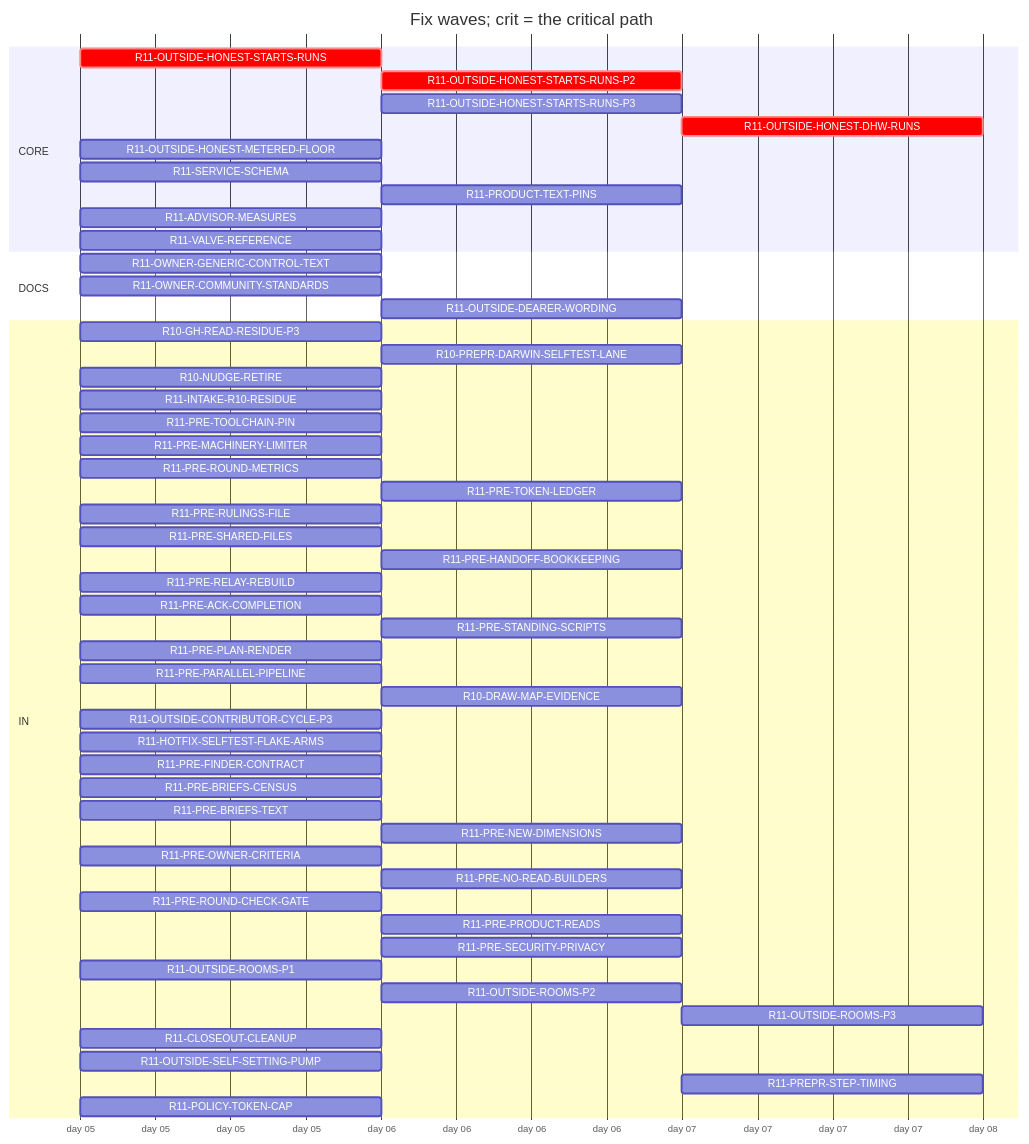
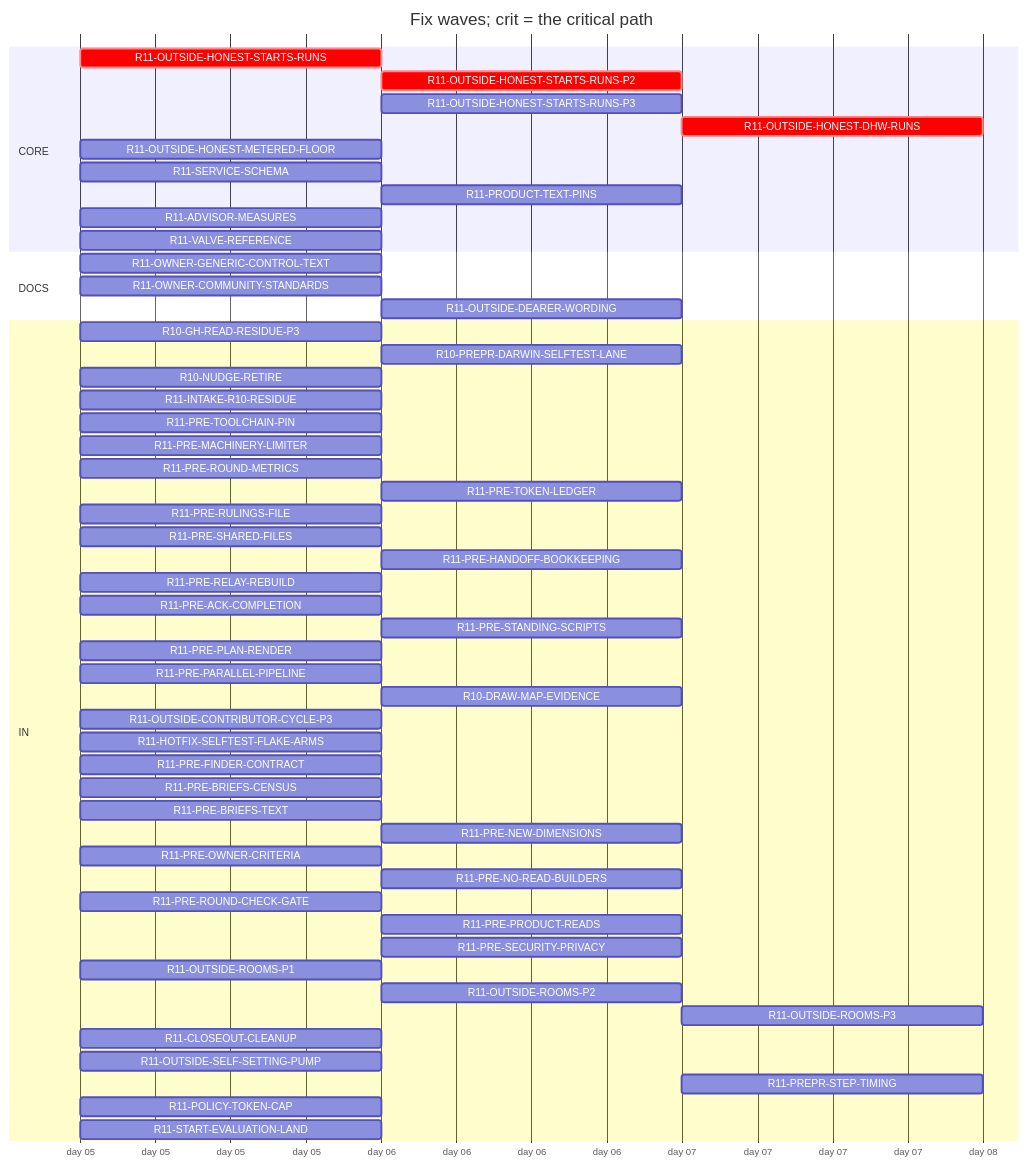
The diagram in handoff/round11/state/PLAN-TABLE.md (tvofi/heatpump_optimizer), drawn with Mermaid before and after one commit. The commit also changed other lines of this file and 4 other files, not shown here.

Commit message:
state: FLOW-BOARD.md, NEXT-SESSION-PROMPT.md, PLAN-TABLE.md, PLAN.html, RESUME-CURRENT.md regenerated (state_docs.py)

````diff
--- a/handoff/round11/state/PLAN-TABLE.md
+++ b/handoff/round11/state/PLAN-TABLE.md
@@ -16,56 +16,57 @@
 ```mermaid
 gantt
   title Fix waves; crit = the critical path
   dateFormat YYYY-MM-DD
   axisFormat day %d
   section CORE
     R11-OUTSIDE-HONEST-STARTS-RUNS :crit, r11OUTSIDEHONESTSTARTSRUNS, 2026-01-05, 1d
     R11-OUTSIDE-HONEST-STARTS-RUNS-P2 :crit, r11OUTSIDEHONESTSTARTSRUNSP2, after r11OUTSIDEHONESTSTARTSRUNS, 1d
     R11-OUTSIDE-HONEST-STARTS-RUNS-P3 :r11OUTSIDEHONESTSTARTSRUNSP3, after r11OUTSIDEHONESTSTARTSRUNS, 1d
     R11-OUTSIDE-HONEST-DHW-RUNS :crit, r11OUTSIDEHONESTDHWRUNS, after r11OUTSIDEHONESTSTARTSRUNS r11OUTSIDEHONESTSTARTSRUNSP2, 1d
     R11-OUTSIDE-HONEST-METERED-FLOOR :r11OUTSIDEHONESTMETEREDFLOOR, 2026-01-05, 1d
     R11-SERVICE-SCHEMA :r11SERVICESCHEMA, 2026-01-05, 1d
     R11-PRODUCT-TEXT-PINS :r11PRODUCTTEXTPINS, after r11OUTSIDEROOMSP1, 1d
     R11-ADVISOR-MEASURES :r11ADVISORMEASURES, 2026-01-05, 1d
     R11-VALVE-REFERENCE :r11VALVEREFERENCE, 2026-01-05, 1d
   section DOCS
     R11-OWNER-GENERIC-CONTROL-TEXT :r11OWNERGENERICCONTROLTEXT, 2026-01-05, 1d
     R11-OWNER-COMMUNITY-STANDARDS :r11OWNERCOMMUNITYSTANDARDS, 2026-01-05, 1d
     R11-OUTSIDE-DEARER-WORDING :r11OUTSIDEDEARERWORDING, after r11OWNERGENERICCONTROLTEXT, 1d
   section IN
     R10-GH-READ-RESIDUE-P3 :r10GHREADRESIDUEP3, 2026-01-05, 1d
     R10-PREPR-DARWIN-SELFTEST-LANE :r10PREPRDARWINSELFTESTLANE, after r10GHREADRESIDUEP3, 1d
     R10-NUDGE-RETIRE :r10NUDGERETIRE, 2026-01-05, 1d
     R11-INTAKE-R10-RESIDUE :r11INTAKER10RESIDUE, 2026-01-05, 1d
     R11-PRE-TOOLCHAIN-PIN :r11PRETOOLCHAINPIN, 2026-01-05, 1d
     R11-PRE-MACHINERY-LIMITER :r11PREMACHINERYLIMITER, 2026-01-05, 1d
     R11-PRE-ROUND-METRICS :r11PREROUNDMETRICS, 2026-01-05, 1d
     R11-PRE-TOKEN-LEDGER :r11PRETOKENLEDGER, after r10GHREADRESIDUEP3, 1d
     R11-PRE-RULINGS-FILE :r11PRERULINGSFILE, 2026-01-05, 1d
     R11-PRE-SHARED-FILES :r11PRESHAREDFILES, 2026-01-05, 1d
     R11-PRE-HANDOFF-BOOKKEEPING :r11PREHANDOFFBOOKKEEPING, after r11PRERELAYREBUILD, 1d
     R11-PRE-RELAY-REBUILD :r11PRERELAYREBUILD, 2026-01-05, 1d
     R11-PRE-ACK-COMPLETION :r11PREACKCOMPLETION, 2026-01-05, 1d
     R11-PRE-STANDING-SCRIPTS :r11PRESTANDINGSCRIPTS, after r11PREPARALLELPIPELINE, 1d
     R11-PRE-PLAN-RENDER :r11PREPLANRENDER, 2026-01-05, 1d
     R11-PRE-PARALLEL-PIPELINE :r11PREPARALLELPIPELINE, 2026-01-05, 1d
     R10-DRAW-MAP-EVIDENCE :r10DRAWMAPEVIDENCE, after r11OUTSIDESELFSETTINGPUMP, 1d
     R11-OUTSIDE-CONTRIBUTOR-CYCLE-P3 :r11OUTSIDECONTRIBUTORCYCLEP3, 2026-01-05, 1d
     R11-HOTFIX-SELFTEST-FLAKE-ARMS :r11HOTFIXSELFTESTFLAKEARMS, 2026-01-05, 1d
     R11-PRE-FINDER-CONTRACT :r11PREFINDERCONTRACT, 2026-01-05, 1d
     R11-PRE-BRIEFS-CENSUS :r11PREBRIEFSCENSUS, 2026-01-05, 1d
     R11-PRE-BRIEFS-TEXT :r11PREBRIEFSTEXT, 2026-01-05, 1d
     R11-PRE-NEW-DIMENSIONS :r11PRENEWDIMENSIONS, after r11PREFINDERCONTRACT r11PREBRIEFSCENSUS, 1d
     R11-PRE-OWNER-CRITERIA :r11PREOWNERCRITERIA, 2026-01-05, 1d
     R11-PRE-NO-READ-BUILDERS :r11PRENOREADBUILDERS, after r11PREMACHINERYLIMITER, 1d
     R11-PRE-ROUND-CHECK-GATE :r11PREROUNDCHECKGATE, 2026-01-05, 1d
     R11-PRE-PRODUCT-READS :r11PREPRODUCTREADS, after r11PREBRIEFSCENSUS, 1d
     R11-PRE-SECURITY-PRIVACY :r11PRESECURITYPRIVACY, after r11PREFINDERCONTRACT r11PREBRIEFSCENSUS, 1d
     R11-OUTSIDE-ROOMS-P1 :r11OUTSIDEROOMSP1, 2026-01-05, 1d
     R11-OUTSIDE-ROOMS-P2 :r11OUTSIDEROOMSP2, after r11OUTSIDEROOMSP1, 1d
     R11-OUTSIDE-ROOMS-P3 :r11OUTSIDEROOMSP3, after r11OUTSIDEROOMSP2, 1d
     R11-CLOSEOUT-CLEANUP :r11CLOSEOUTCLEANUP, 2026-01-05, 1d
     R11-OUTSIDE-SELF-SETTING-PUMP :r11OUTSIDESELFSETTINGPUMP, 2026-01-05, 1d
     R11-PREPR-STEP-TIMING :r11PREPRSTEPTIMING, after r10PREPRDARWINSELFTESTLANE, 1d
     R11-POLICY-TOKEN-CAP :r11POLICYTOKENCAP, 2026-01-05, 1d
+    R11-START-EVALUATION-LAND :r11STARTEVALUATIONLAND, 2026-01-05, 1d
 ```
````
